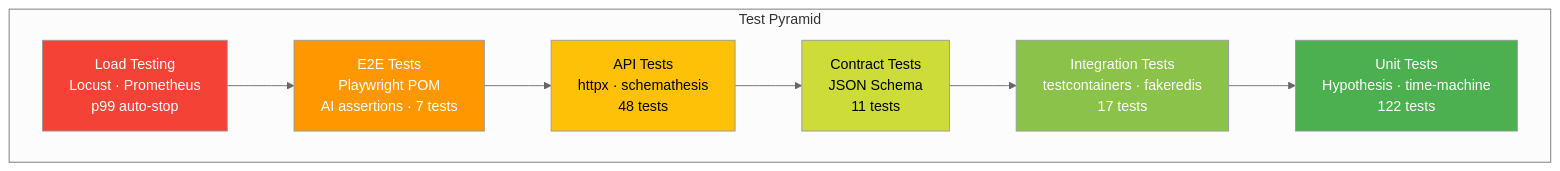
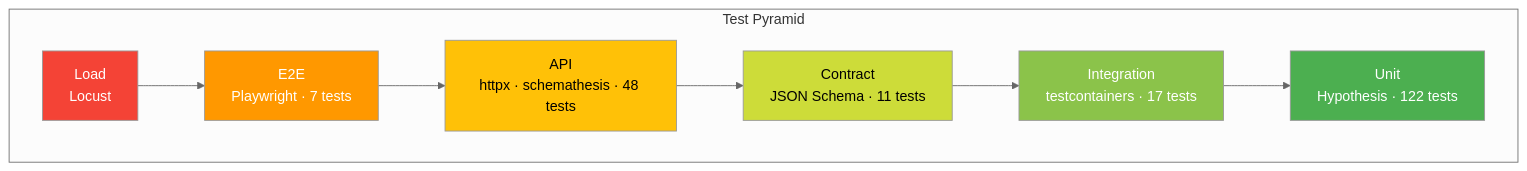
The second of 2 diagrams in README.md (ssrjkk/qualix), drawn with Mermaid (neutral theme) before and after one commit. The commit also changed other lines of this file and 4 other files, not shown here.

````diff
--- a/README.md
+++ b/README.md
@@ -218,20 +173,20 @@
 ```mermaid
 graph TB
     subgraph "Test Pyramid"
-        Load[Load Testing<br/>Locust · Prometheus<br/>p99 auto-stop]
-        E2E[E2E Tests<br/>Playwright POM<br/>AI assertions · 7 tests]
-        API[API Tests<br/>httpx · schemathesis<br/>48 tests]
-        Contract[Contract Tests<br/>JSON Schema<br/>11 tests]
-        Integration[Integration Tests<br/>testcontainers · fakeredis<br/>17 tests]
-        Unit[Unit Tests<br/>Hypothesis · time-machine<br/>122 tests]
+        Load[Load<br/>Locust]
+        E2E[E2E<br/>Playwright · 7 tests]
+        API[API<br/>httpx · schemathesis · 48 tests]
+        Contract[Contract<br/>JSON Schema · 11 tests]
+        Integration[Integration<br/>testcontainers · 17 tests]
+        Unit[Unit<br/>Hypothesis · 122 tests]
     end
 
     Load --> E2E --> API --> Contract --> Integration --> Unit
 
     style Unit fill:#4CAF50,color:#fff
     style Integration fill:#8BC34A,color:#fff
     style Contract fill:#CDDC39,color:#000
     style API fill:#FFC107,color:#000
     style E2E fill:#FF9800,color:#fff
     style Load fill:#F44336,color:#fff
 ```
````
